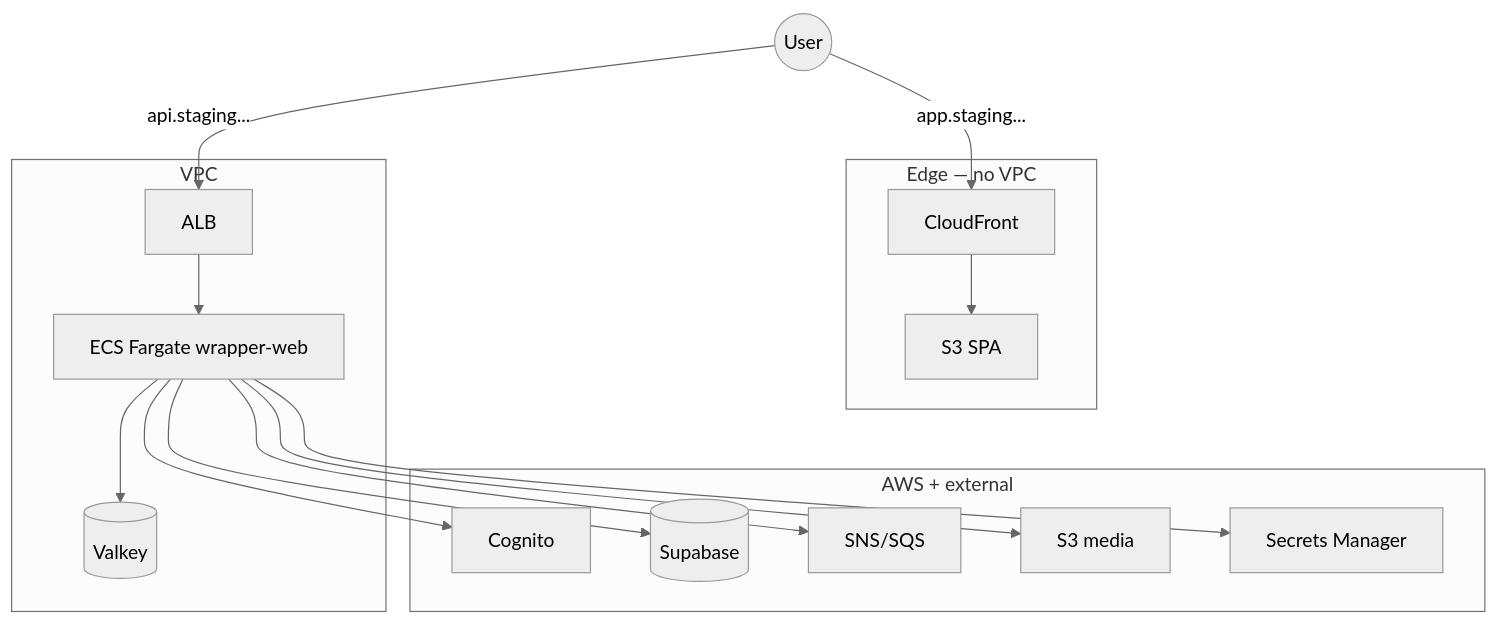
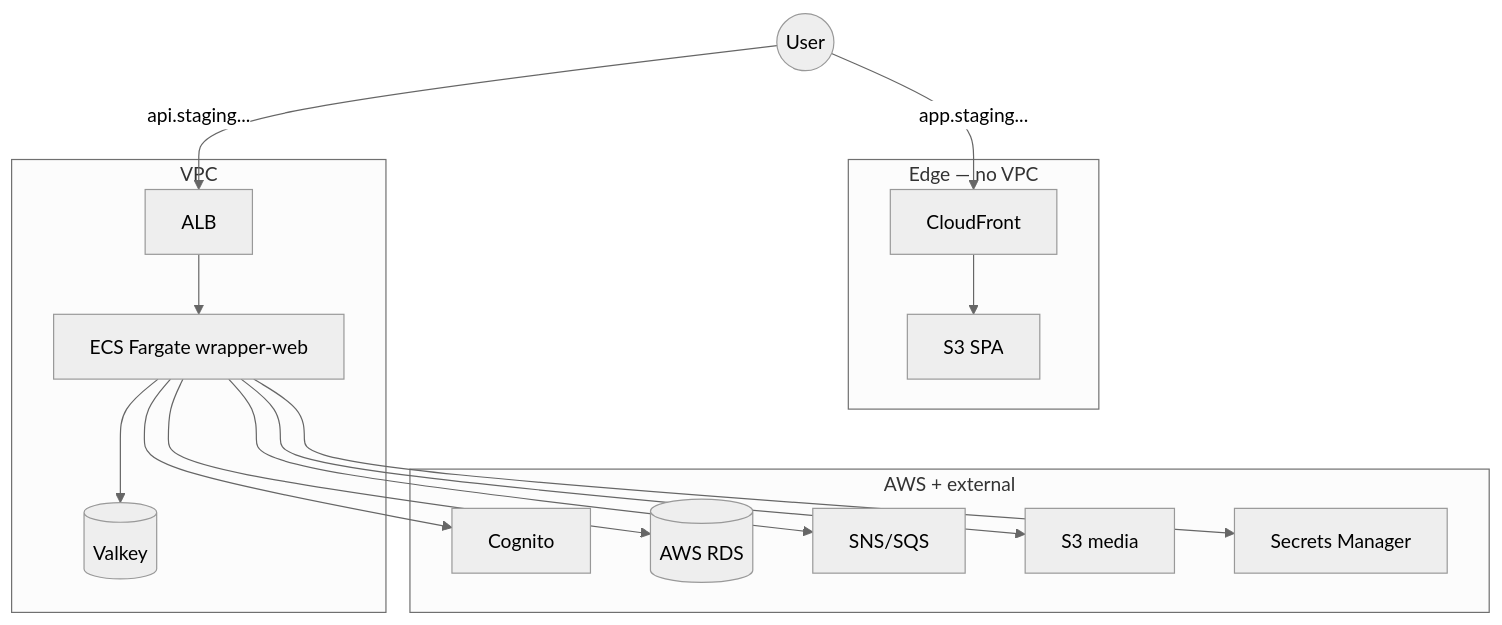
One commit to ZOPKIT-CODE/infra changed the fourth of 7 diagrams in ARCHITECTURE.md. Above: the diagram before and after it, drawn with Mermaid (neutral theme). The commit also changed other lines of this file, not shown here.

First line of the commit message:
docs: refresh for Cognito + RDS + ECS; fix links after stale-doc removal

````diff
--- a/ARCHITECTURE.md
+++ b/ARCHITECTURE.md
@@ -124,34 +124,34 @@
 ```mermaid
 flowchart TB
   user((User))
 
   subgraph edge["Edge — no VPC"]
     cf["CloudFront"]
     s3spa["S3 SPA"]
     cf --> s3spa
   end
 
   subgraph vpc["VPC"]
     alb["ALB"]
     ecs["ECS Fargate wrapper-web"]
     valkey[("Valkey")]
     alb --> ecs
     ecs --> valkey
   end
 
   subgraph aws["AWS + external"]
     cognito["Cognito"]
-    supa[("Supabase")]
+    supa[("AWS RDS")]
     sns["SNS/SQS"]
     s3data["S3 media"]
     sm["Secrets Manager"]
   end
 
   user -->|"app.staging..."| cf
   user -->|"api.staging..."| alb
   ecs --> cognito
   ecs --> supa
   ecs --> sns
   ecs --> s3data
   ecs --> sm
 ```
````
